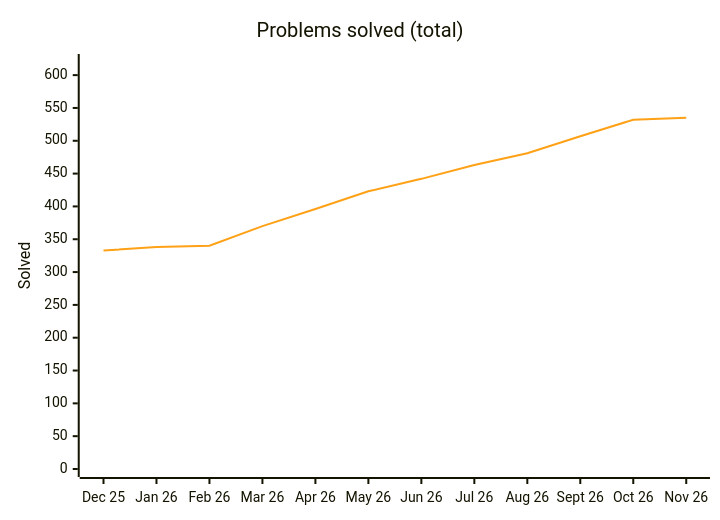
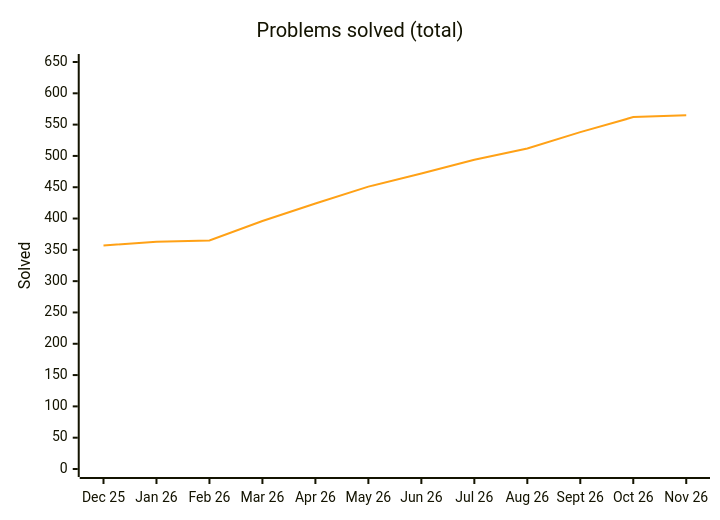
Before and after one commit to Ved-u/Java-DSA: the diagram in README.md, drawn with Mermaid. The commit also changed other lines of this file and 33 other files, not shown here.

````diff
--- a/README.md
+++ b/README.md
@@ -53,8 +53,8 @@
 ```mermaid
 %%{init: {"themeVariables": {"xyChart": {"plotColorPalette": "#ffa116"}}}}%%
 xychart-beta
     title "Problems solved (total)"
     x-axis ["Dec 25", "Jan 26", "Feb 26", "Mar 26", "Apr 26", "May 26", "Jun 26", "Jul 26", "Aug 26", "Sept 26", "Oct 26", "Nov 26"]
-    y-axis "Solved" 0 --> 620
-    line [333, 338, 340, 370, 396, 423, 442, 463, 481, 507, 532, 535]
+    y-axis "Solved" 0 --> 650
+    line [357, 363, 365, 396, 424, 451, 472, 494, 512, 538, 562, 565]
 ```
````
